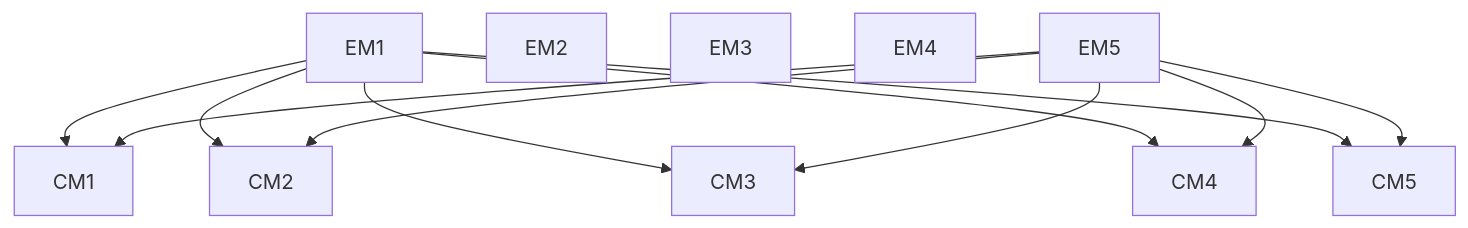
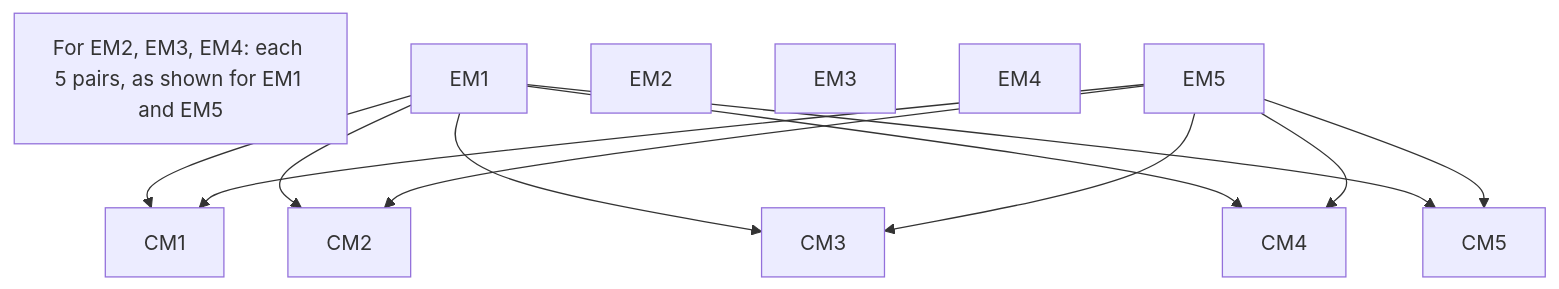
Before and after one commit to hajer78945/eng5: the third of 3 diagrams in README.md, drawn with Mermaid.

````diff
--- a/README.md
+++ b/README.md
@@ -357,16 +357,17 @@
 ```mermaid
 graph TD
+id1["For EM2, EM3, EM4: each 5 pairs, as shown for EM1 and EM5"]
 EM1 --> CM1
 EM1 --> CM2
 EM1 --> CM3
 EM1 --> CM4
 EM1 --> CM5
 EM2
 EM3
 EM4
 EM5 --> CM1
 EM5 --> CM2
 EM5 --> CM3
 EM5 --> CM4
 EM5 --> CM5
 ```
````
